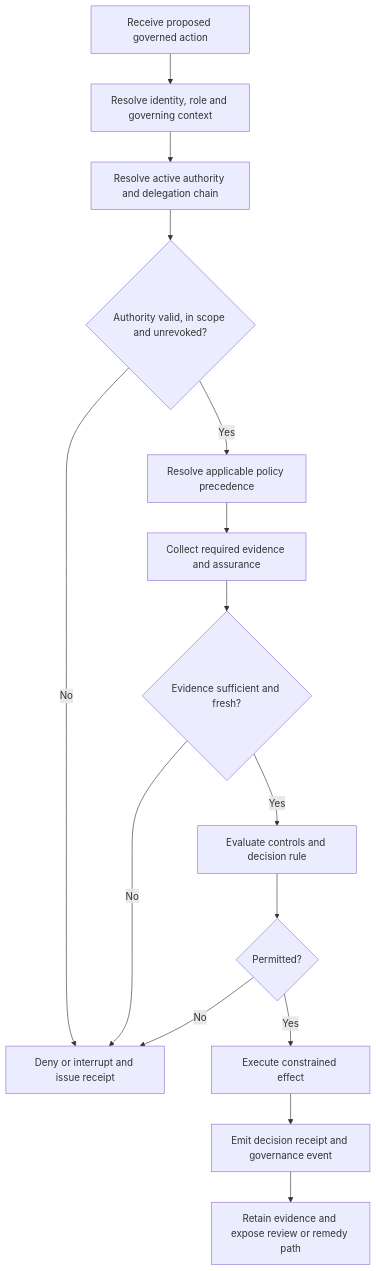
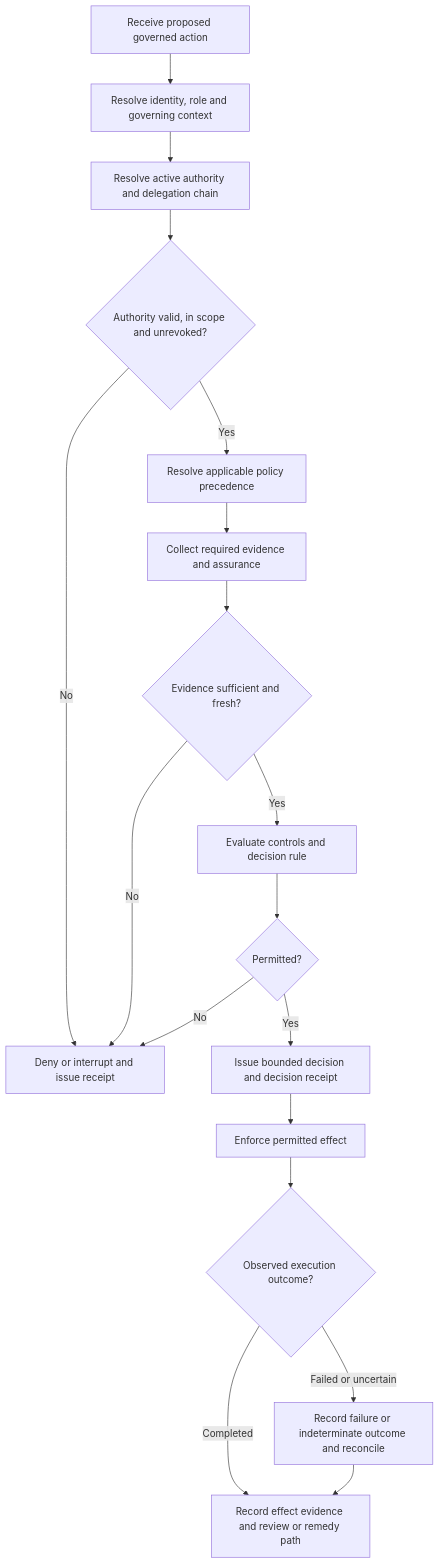
Before and after one commit to qbf-consulting/governance-authority-assurance-metamodel: the diagram in docs/implementation-guide.md, drawn with Mermaid. The commit also changed other lines of this file and 24 other files, not shown here.

````diff
--- a/docs/implementation-guide.md
+++ b/docs/implementation-guide.md
@@ -35,17 +39,20 @@
 ```mermaid
 flowchart TD
     A[Receive proposed governed action] --> B[Resolve identity, role and governing context]
     B --> C[Resolve active authority and delegation chain]
     C --> D{Authority valid, in scope and unrevoked?}
     D -- No --> X[Deny or interrupt and issue receipt]
     D -- Yes --> E[Resolve applicable policy precedence]
     E --> F[Collect required evidence and assurance]
     F --> G{Evidence sufficient and fresh?}
     G -- No --> X
     G -- Yes --> H[Evaluate controls and decision rule]
     H --> I{Permitted?}
     I -- No --> X
-    I -- Yes --> J[Execute constrained effect]
-    J --> K[Emit decision receipt and governance event]
-    K --> L[Retain evidence and expose review or remedy path]
+    I -- Yes --> J[Issue bounded decision and decision receipt]
+    J --> K[Enforce permitted effect]
+    K --> M{Observed execution outcome?}
+    M -- Completed --> L[Record effect evidence and review or remedy path]
+    M -- Failed or uncertain --> N[Record failure or indeterminate outcome and reconcile]
+    N --> L
 ```
````
